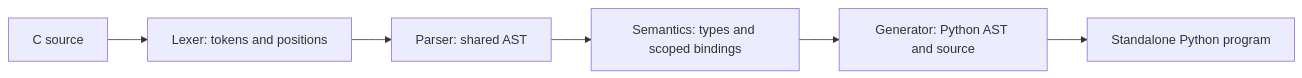
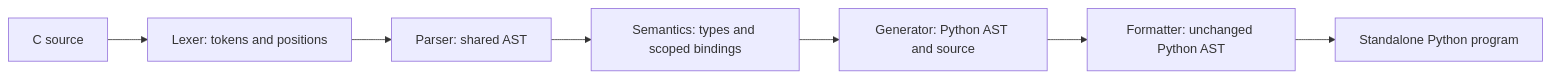
One commit to SjNera/C-minus changed the diagram in docs/walkthrough.md. Above: the diagram before and after it, drawn with Mermaid. The commit also changed other lines of this file and 40 other files, not shown here.

````diff
--- a/docs/walkthrough.md
+++ b/docs/walkthrough.md
@@ -23,8 +23,9 @@
 ```mermaid
 flowchart LR
     A[C source] --> B[Lexer: tokens and positions]
     B --> C[Parser: shared AST]
     C --> D[Semantics: types and scoped bindings]
     D --> E[Generator: Python AST and source]
-    E --> F[Standalone Python program]
+    E --> F[Formatter: unchanged Python AST]
+    F --> G[Standalone Python program]
 ```
````
